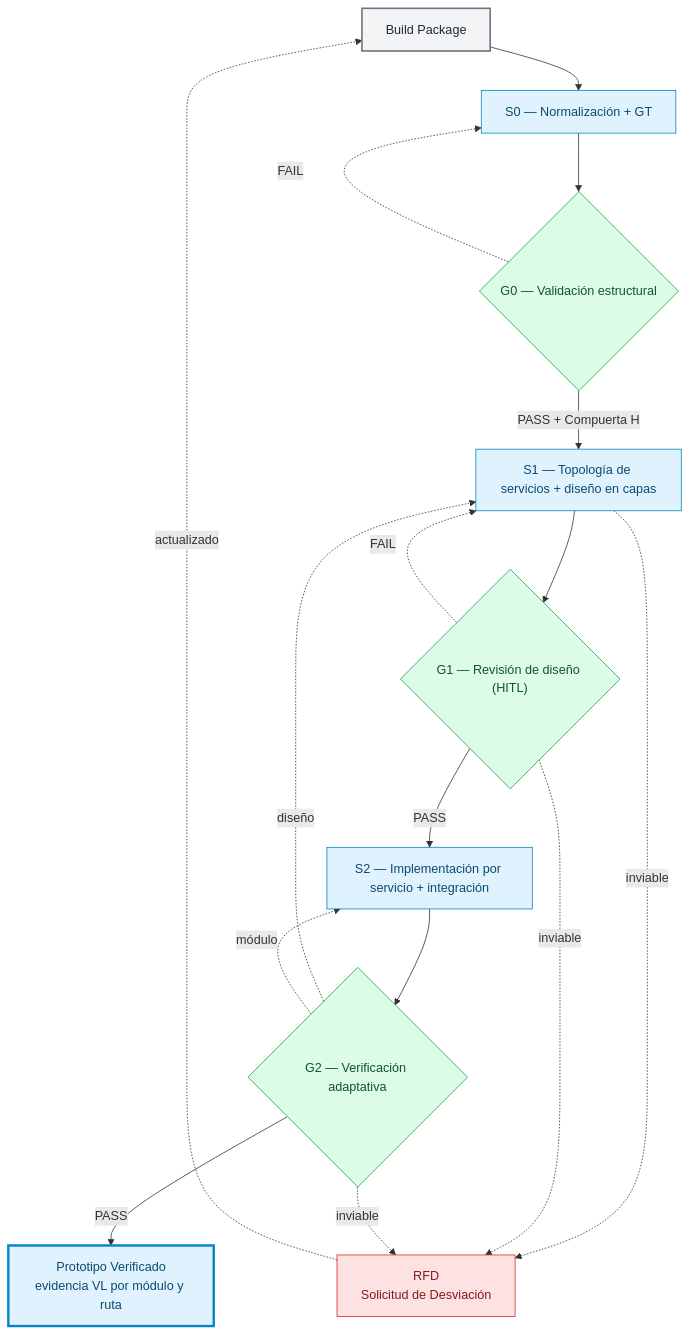
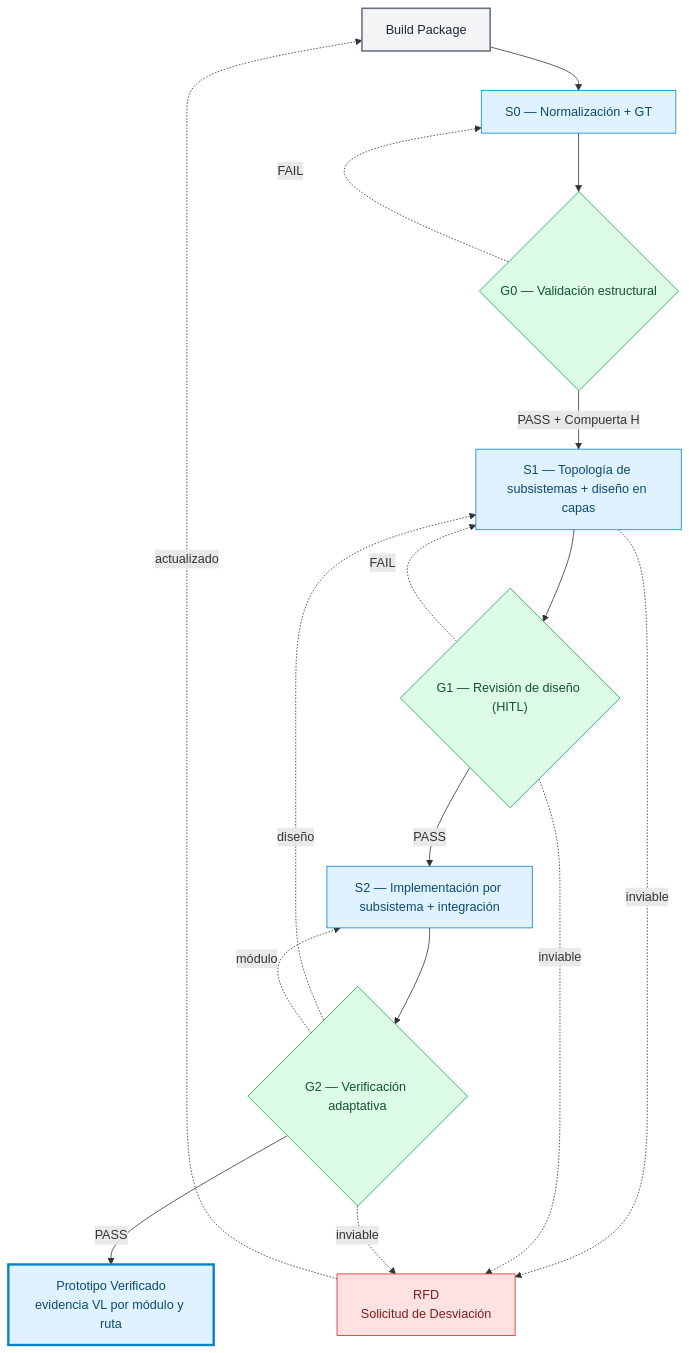
Before and after one commit to dramirezbe/codeanvil-gcpds: the second of 11 diagrams in methodology/V-SIL-v3/V-SIL_v3-spa.md, drawn with Mermaid. The commit also changed other lines of this file and 30 other files, not shown here.

````diff
--- a/methodology/V-SIL-v3/V-SIL_v3-spa.md
+++ b/methodology/V-SIL-v3/V-SIL_v3-spa.md
@@ -51,36 +51,36 @@
 ```mermaid
 flowchart TD
     classDef stage fill:#e0f2fe,stroke:#0284c7,color:#0c4a6e
     classDef gate fill:#dcfce7,stroke:#16a34a,color:#14532d
     classDef terminal fill:#e0f2fe,stroke:#0284c7,color:#0c4a6e,stroke-width:3px
     classDef input fill:#f3f4f6,stroke:#6b7280,color:#1f2937,stroke-width:2px
     classDef rfd fill:#fee2e2,stroke:#dc2626,color:#7f1d1d
 
     BP["Build Package"]:::input
     S0["S0 — Normalización + GT"]:::stage
     G0{"G0 — Validación estructural"}:::gate
-    S1["S1 — Topología de servicios + diseño en capas"]:::stage
+    S1["S1 — Topología de subsistemas + diseño en capas"]:::stage
     G1{"G1 — Revisión de diseño (HITL)"}:::gate
-    S2["S2 — Implementación por servicio + integración"]:::stage
+    S2["S2 — Implementación por subsistema + integración"]:::stage
     G2{"G2 — Verificación adaptativa"}:::gate
     T["Prototipo Verificado<br/>evidencia VL por módulo y ruta"]:::terminal
     RFD["RFD<br/>Solicitud de Desviación"]:::rfd
 
     BP --> S0
     S0 --> G0
     G0 -->|PASS + Compuerta H| S1
     S1 --> G1
     G1 -->|PASS| S2
     S2 --> G2
     G2 -->|PASS| T
 
     G0 -.->|FAIL| S0
     G1 -.->|FAIL| S1
     G2 -.->|diseño| S1
     G2 -.->|módulo| S2
 
     S1 -.->|inviable| RFD
     G1 -.->|inviable| RFD
     G2 -.->|inviable| RFD
     RFD -.->|actualizado| BP
 ```
````
